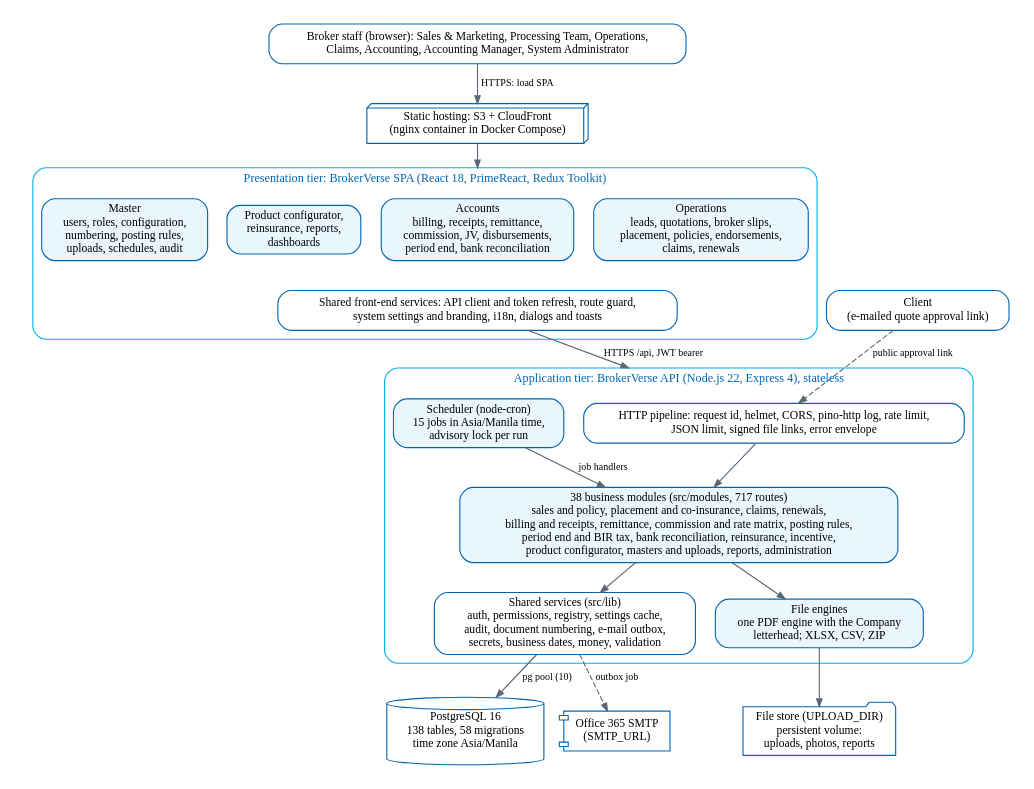
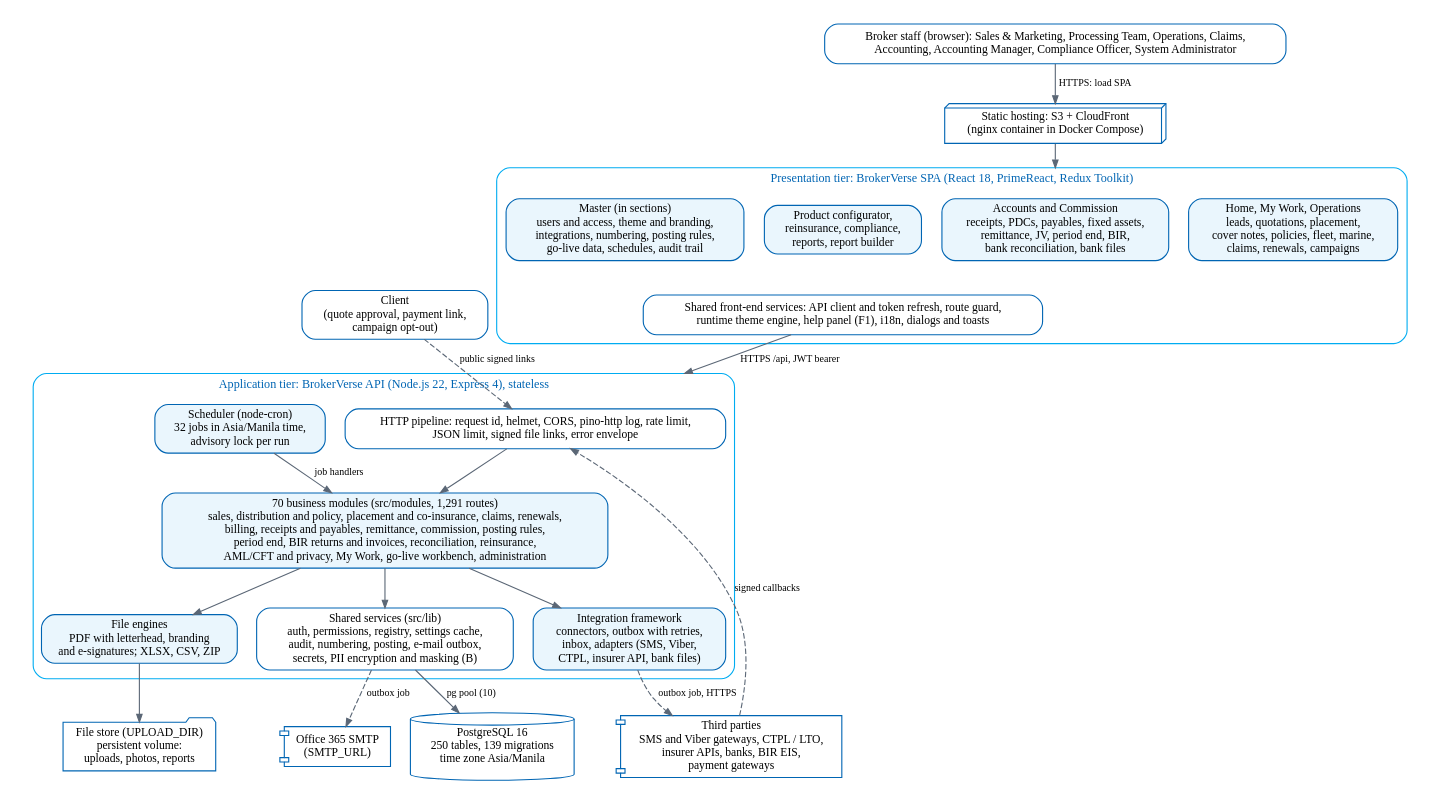
One commit to IortaTexhNXT-DEV/BDOI-OOTB changed the diagram in docs/architecture/diagrams/d01_logical_components.dot. Above: the diagram before and after it, drawn with Graphviz. The commit also changed 124 other files, not shown here.

Commit message:
Developer documentation refresh: technical reference with module catalogue and code review guide, architecture and security, data dictionary at migration 0322, API catalogue, architecture set 1.2, developer guide, release notes 1.1

```diff
--- a/docs/architecture/diagrams/d01_logical_components.dot
+++ b/docs/architecture/diagrams/d01_logical_components.dot
@@ -1,40 +1,43 @@
 // BrokerVerse OOTB logical component view (document 01). Render: python3 ../tools/render_diagrams.py
 digraph G {
   graph [rankdir=TB, fontname="Nunito", fontsize=11, nodesep=0.25, ranksep=0.35, pad=0.2, compound=true, newrank=true];
   node  [shape=box, style="rounded,filled", fillcolor="#EAF6FD", color="#0065B3", fontname="Nunito", fontsize=10.5, margin="0.1,0.05"];
   edge  [color="#5B6776", fontname="Nunito", fontsize=9, arrowsize=0.7];
 
-  user [label="Broker staff (browser): Sales & Marketing, Processing Team, Operations,\nClaims, Accounting, Accounting Manager, System Administrator", fillcolor="#FFFFFF"];
+  user [label="Broker staff (browser): Sales & Marketing, Processing Team, Operations, Claims,\nAccounting, Accounting Manager, Compliance Officer, System Administrator", fillcolor="#FFFFFF"];
   cdn [label="Static hosting: S3 + CloudFront\n(nginx container in Docker Compose)", shape=box3d, fillcolor="#FFFFFF"];
-  client [label="Client\n(e-mailed quote approval link)", fillcolor="#FFFFFF"];
+  client [label="Client\n(quote approval, payment link,\ncampaign opt-out)", fillcolor="#FFFFFF"];
 
   subgraph cluster_web { label="Presentation tier: BrokerVerse SPA (React 18, PrimeReact, Redux Toolkit)"; style="rounded"; color="#00ACF1"; fontcolor="#0065B3";
-    spa_ops [label="Operations\nleads, quotations, broker slips,\nplacement, policies, endorsements,\nclaims, renewals"];
-    spa_fin [label="Accounts\nbilling, receipts, remittance,\ncommission, JV, disbursements,\nperiod end, bank reconciliation"];
-    spa_cfg [label="Product configurator,\nreinsurance, reports,\ndashboards"];
-    spa_adm [label="Master\nusers, roles, configuration,\nnumbering, posting rules,\nuploads, schedules, audit"];
-    spa_core [label="Shared front-end services: API client and token refresh, route guard,\nsystem settings and branding, i18n, dialogs and toasts", fillcolor="#FFFFFF"];
+    spa_ops [label="Home, My Work, Operations\nleads, quotations, placement,\ncover notes, policies, fleet, marine,\nclaims, renewals, campaigns"];
+    spa_fin [label="Accounts and Commission\nreceipts, PDCs, payables, fixed assets,\nremittance, JV, period end, BIR,\nbank reconciliation, bank files"];
+    spa_cfg [label="Product configurator,\nreinsurance, compliance,\nreports, report builder"];
+    spa_adm [label="Master (in sections)\nusers and access, theme and branding,\nintegrations, numbering, posting rules,\ngo-live data, schedules, audit trail"];
+    spa_core [label="Shared front-end services: API client and token refresh, route guard,\nruntime theme engine, help panel (F1), i18n, dialogs and toasts", fillcolor="#FFFFFF"];
   }
 
   subgraph cluster_api { label="Application tier: BrokerVerse API (Node.js 22, Express 4), stateless"; style="rounded"; color="#00ACF1"; fontcolor="#0065B3";
     pipeline [label="HTTP pipeline: request id, helmet, CORS, pino-http log, rate limit,\nJSON limit, signed file links, error envelope", fillcolor="#FFFFFF"];
-    modules [label="38 business modules (src/modules, 717 routes)\nsales and policy, placement and co-insurance, claims, renewals,\nbilling and receipts, remittance, commission and rate matrix, posting rules,\nperiod end and BIR tax, bank reconciliation, reinsurance, incentive,\nproduct configurator, masters and uploads, reports, administration"];
-    sched [label="Scheduler (node-cron)\n15 jobs in Asia/Manila time,\nadvisory lock per run"];
-    shared [label="Shared services (src/lib)\nauth, permissions, registry, settings cache,\naudit, document numbering, e-mail outbox,\nsecrets, business dates, money, validation", fillcolor="#FFFFFF"];
-    docs [label="File engines\none PDF engine with the Company\nletterhead; XLSX, CSV, ZIP"];
+    modules [label="70 business modules (src/modules, 1,291 routes)\nsales, distribution and policy, placement and co-insurance, claims, renewals,\nbilling, receipts and payables, remittance, commission, posting rules,\nperiod end, BIR returns and invoices, reconciliation, reinsurance,\nAML/CFT and privacy, My Work, go-live workbench, administration"];
+    sched [label="Scheduler (node-cron)\n32 jobs in Asia/Manila time,\nadvisory lock per run"];
+    shared [label="Shared services (src/lib)\nauth, permissions, registry, settings cache,\naudit, numbering, posting, e-mail outbox,\nsecrets, PII encryption and masking (B)", fillcolor="#FFFFFF"];
+    integ [label="Integration framework\nconnectors, outbox with retries,\ninbox, adapters (SMS, Viber,\nCTPL, insurer API, bank files)"];
+    docs [label="File engines\nPDF with letterhead, branding\nand e-signatures; XLSX, CSV, ZIP"];
   }
 
-  db [label="PostgreSQL 16\n138 tables, 58 migrations\ntime zone Asia/Manila", shape=cylinder, fillcolor="#FFFFFF"];
+  db [label="PostgreSQL 16\n250 tables, 139 migrations\ntime zone Asia/Manila", shape=cylinder, fillcolor="#FFFFFF"];
+  ext [label="Third parties\nSMS and Viber gateways, CTPL / LTO,\ninsurer APIs, banks, BIR EIS,\npayment gateways", shape=component, fillcolor="#FFFFFF"];
   files [label="File store (UPLOAD_DIR)\npersistent volume:\nuploads, photos, reports", shape=folder, fillcolor="#FFFFFF"];
   smtp [label="Office 365 SMTP\n(SMTP_URL)", shape=component, fillcolor="#FFFFFF"];
 
   user -> cdn [label=" HTTPS: load SPA"];
   cdn -> spa_fin [lhead=cluster_web];
   spa_ops -> spa_core [style=invis]; spa_fin -> spa_core [style=invis]; spa_cfg -> spa_core [style=invis]; spa_adm -> spa_core [style=invis];
   spa_core -> pipeline [label=" HTTPS /api, JWT bearer", lhead=cluster_api];
-  client -> pipeline [label=" public approval link", style=dashed];
-  pipeline -> modules; sched -> modules [label=" job handlers"]; modules -> shared; modules -> docs;
+  client -> pipeline [label=" public signed links", style=dashed];
+  pipeline -> modules; sched -> modules [label=" job handlers"]; modules -> shared; modules -> docs; modules -> integ;
+  integ -> ext [label=" outbox job, HTTPS", style=dashed]; ext -> pipeline [label=" signed callbacks", style=dashed];
   shared -> db [label=" pg pool (10)"]; docs -> files; shared -> smtp [label=" outbox job", style=dashed];
   { rank=same; sched; pipeline; }
-  { rank=same; db; files; smtp; }
+  { rank=same; db; files; smtp; ext; }
 }
```
